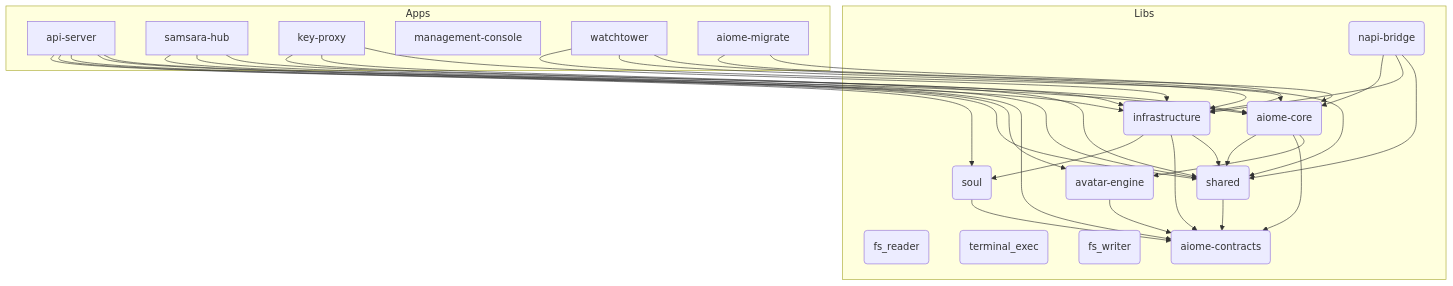
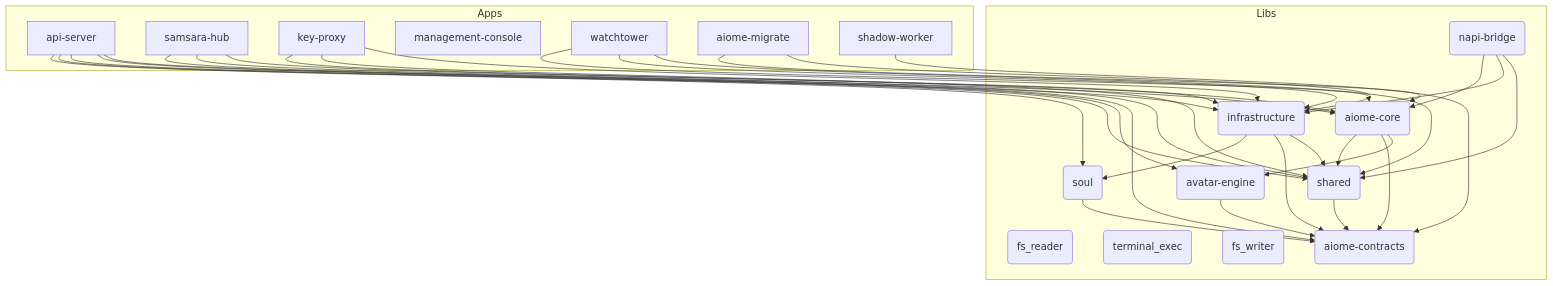
The diagram in ARCHITECTURE.md (for4xex-droid/modular-open-claw), drawn with Mermaid before and after one commit. The commit also changed other lines of this file and 15 other files, not shown here.

Commit message:
feat(a2a): implement Phase 50 Agentic A2A gRPC Protocol & Detached Shadow Worker

````diff
--- a/ARCHITECTURE.md
+++ b/ARCHITECTURE.md
@@ -23,53 +23,55 @@
 ```mermaid
 graph TD
     subgraph Apps
         api-server[api-server]
         samsara-hub[samsara-hub]
         key-proxy[key-proxy]
         management-console[management-console]
         watchtower[watchtower]
         aiome-migrate[aiome-migrate]
+        shadow-worker[shadow-worker]
     end
 
     subgraph Libs
         aiome-core(aiome-core)
         infrastructure(infrastructure)
         shared(shared)
         avatar-engine(avatar-engine)
         fs_reader(fs_reader)
         terminal_exec(terminal_exec)
         fs_writer(fs_writer)
         napi-bridge(napi-bridge)
         aiome-contracts(aiome-contracts)
         soul(soul)
     end
 
     api-server --> soul
     api-server --> infrastructure
     api-server --> shared
     api-server --> avatar-engine
     api-server --> aiome-contracts
     samsara-hub --> aiome-core
     samsara-hub --> shared
     samsara-hub --> infrastructure
     key-proxy --> aiome-core
     key-proxy --> shared
     key-proxy --> infrastructure
     aiome-core --> shared
     aiome-core --> aiome-contracts
     aiome-core --> avatar-engine
     infrastructure --> soul
     infrastructure --> aiome-contracts
     infrastructure --> shared
     shared --> aiome-contracts
     avatar-engine --> aiome-contracts
     napi-bridge --> aiome-core
     napi-bridge --> infrastructure
     napi-bridge --> shared
     watchtower --> aiome-core
     watchtower --> infrastructure
     watchtower --> shared
     soul --> aiome-contracts
     aiome-migrate --> aiome-core
     aiome-migrate --> infrastructure
+    shadow-worker --> aiome-contracts
 ```
````
